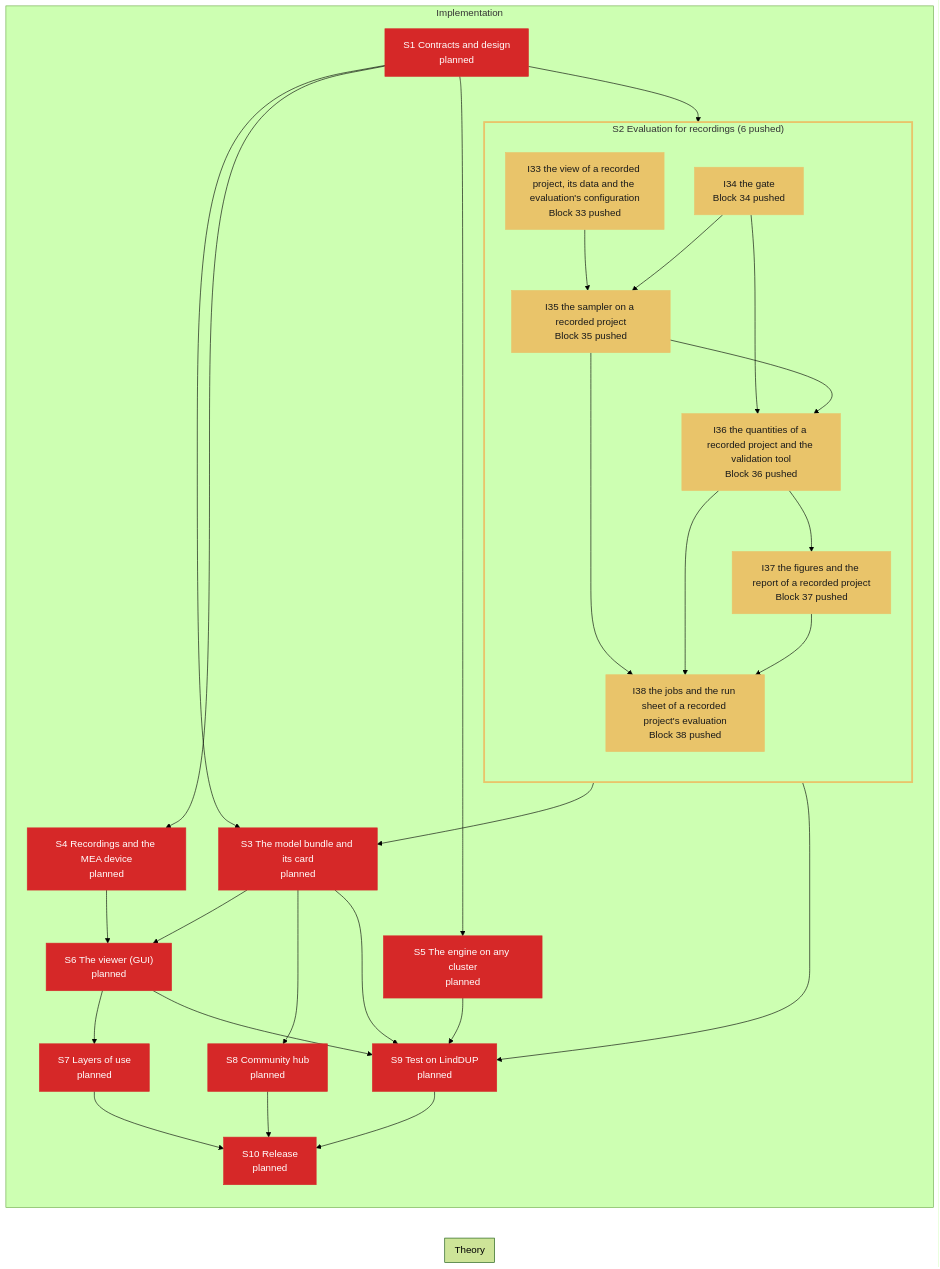
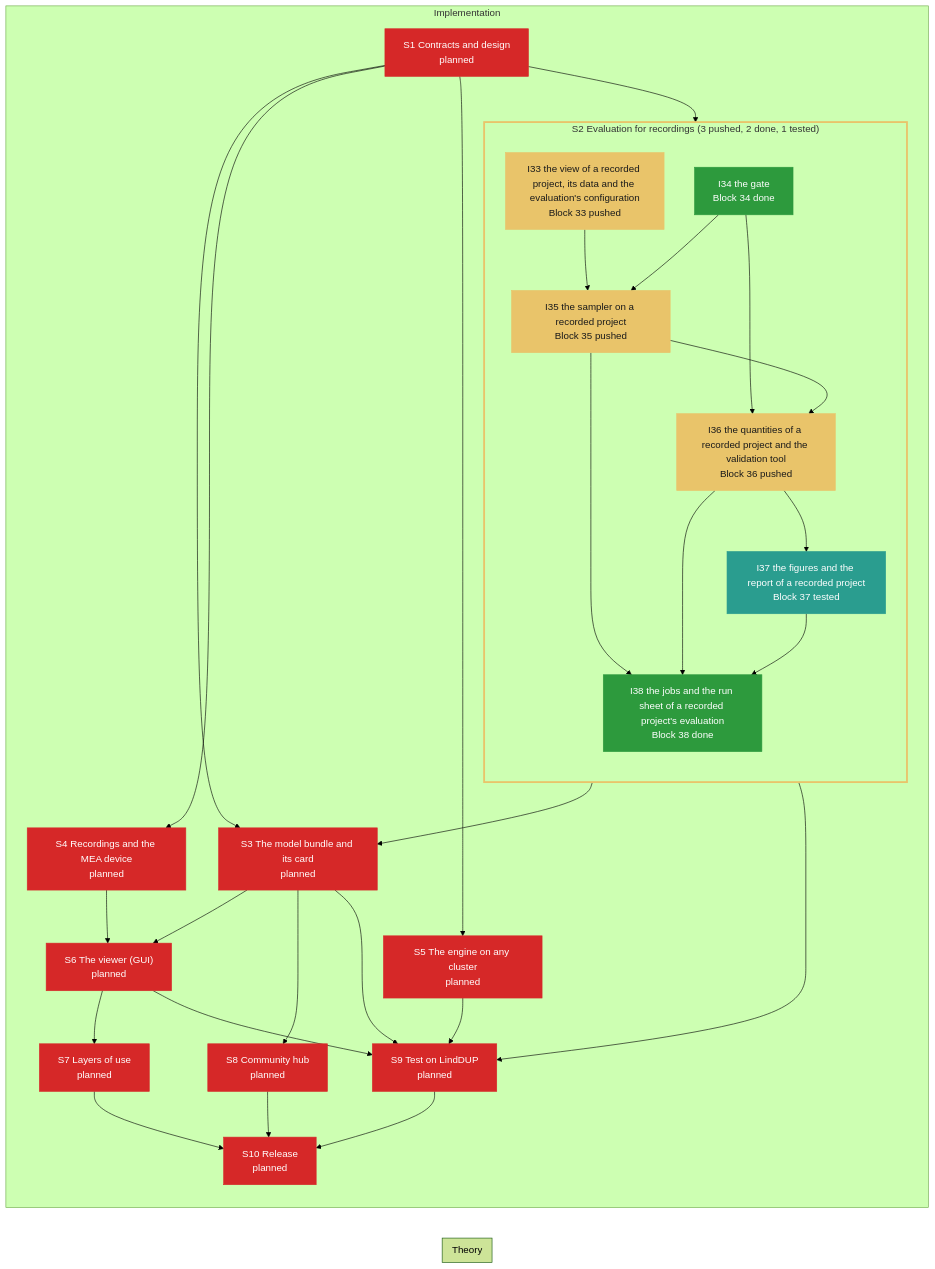
The diagram in specs/roadmap/tool.md (Leonardodm00/Simulation-Based-Inference), drawn with Mermaid (forest theme) before and after one commit. The commit also changed other lines of this file, not shown here.

First line of the commit message:
roadmap: tool, rendered at 3952dcd

````diff
--- a/specs/roadmap/tool.md
+++ b/specs/roadmap/tool.md
@@ -5,64 +5,64 @@
 ```mermaid
 flowchart LR
     classDef planned fill:#d62828,color:#ffffff,stroke:#d62828
     classDef local fill:#f77f00,color:#1a1a1a,stroke:#f77f00
     classDef pushed fill:#e9c46a,color:#1a1a1a,stroke:#e9c46a
     classDef testing fill:#3a86ff,color:#ffffff,stroke:#3a86ff
     classDef tested fill:#2a9d8f,color:#ffffff,stroke:#2a9d8f
     classDef running fill:#8338ec,color:#ffffff,stroke:#8338ec
     classDef failing fill:#b5174e,color:#ffffff,stroke:#b5174e
     classDef done fill:#2d9a3d,color:#ffffff,stroke:#2d9a3d
     classDef open fill:#8d99ae,color:#1a1a1a,stroke:#8d99ae
     classDef studying fill:#3a86ff,color:#ffffff,stroke:#3a86ff
     classDef closed fill:#2d9a3d,color:#ffffff,stroke:#2d9a3d
     classDef blocked stroke-dasharray:5 3,stroke:#333
     subgraph theory["Theory"]
         direction TB
     end
     subgraph impl["Implementation"]
         direction TB
         S1["S1 Contracts and design<br/>planned"]:::planned
-        subgraph grp_S2["S2 Evaluation for recordings (6 pushed)"]
+        subgraph grp_S2["S2 Evaluation for recordings (3 pushed, 2 done, 1 tested)"]
             direction TB
             I33["I33 the view of a recorded project, its data and the evaluation's configuration<br/>Block 33 pushed"]:::pushed
-            I34["I34 the gate<br/>Block 34 pushed"]:::pushed
+            I34["I34 the gate<br/>Block 34 done"]:::done
             I35["I35 the sampler on a recorded project<br/>Block 35 pushed"]:::pushed
             I36["I36 the quantities of a recorded project and the validation tool<br/>Block 36 pushed"]:::pushed
-            I37["I37 the figures and the report of a recorded project<br/>Block 37 pushed"]:::pushed
-            I38["I38 the jobs and the run sheet of a recorded project's evaluation<br/>Block 38 pushed"]:::pushed
+            I37["I37 the figures and the report of a recorded project<br/>Block 37 tested"]:::tested
+            I38["I38 the jobs and the run sheet of a recorded project's evaluation<br/>Block 38 done"]:::done
         end
         S3["S3 The model bundle and its card<br/>planned"]:::planned
         S4["S4 Recordings and the MEA device<br/>planned"]:::planned
         S5["S5 The engine on any cluster<br/>planned"]:::planned
         S6["S6 The viewer (GUI)<br/>planned"]:::planned
         S7["S7 Layers of use<br/>planned"]:::planned
         S8["S8 Community hub<br/>planned"]:::planned
         S9["S9 Test on LindDUP<br/>planned"]:::planned
         S10["S10 Release<br/>planned"]:::planned
         S1 --> grp_S2
         S1 --> S3
         grp_S2 --> S3
         S1 --> S4
         S1 --> S5
         S3 --> S6
         S4 --> S6
         S6 --> S7
         S3 --> S8
         grp_S2 --> S9
         S3 --> S9
         S5 --> S9
         S6 --> S9
         S7 --> S10
         S8 --> S10
         S9 --> S10
         I33 --> I35
         I34 --> I35
         I34 --> I36
         I35 --> I36
         I36 --> I37
         I35 --> I38
         I36 --> I38
         I37 --> I38
     end
     style grp_S2 stroke:#e9c46a,stroke-width:3px
 ```
````
